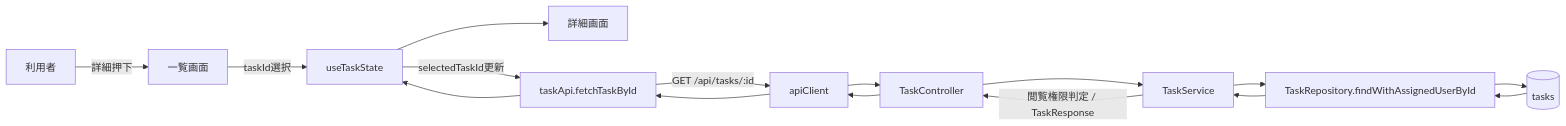
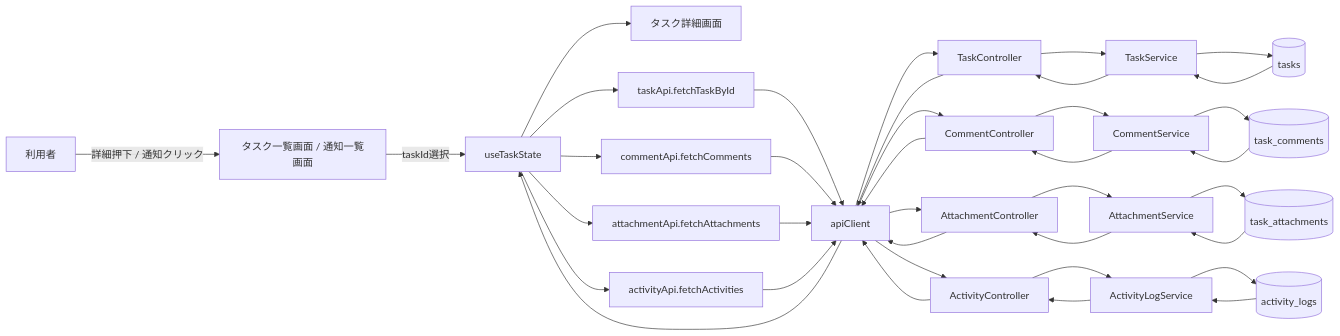
Before and after one commit to kitune-udon/task-manager-app: the eighth of 28 diagrams in docs/01_設計/08_データフロー図設計書.md, drawn with Mermaid. The commit also changed other lines of this file and 10 other files, not shown here.

````diff
--- a/docs/01_設計/08_データフロー図設計書.md
+++ b/docs/01_設計/08_データフロー図設計書.md
@@ -449,29 +530,69 @@
 ```mermaid
 flowchart LR
     U["利用者"]
-    LP["一覧画面"]
-    DP["詳細画面"]
+    LP["タスク一覧画面 / 通知一覧画面"]
+    DP["タスク詳細画面"]
     TS["useTaskState"]
-    TA["taskApi.fetchTaskById"]
+    TAPI["taskApi.fetchTaskById"]
+    CAPI["commentApi.fetchComments"]
+    AAPI["attachmentApi.fetchAttachments"]
+    ACTAPI["activityApi.fetchActivities"]
     AC["apiClient"]
     TC["TaskController"]
-    SV["TaskService"]
-    TR["TaskRepository.findWithAssignedUserById"]
-    DB[("tasks")]
+    CC["CommentController"]
+    ATC["AttachmentController"]
+    ALC["ActivityController"]
+    TSV["TaskService"]
+    CSV["CommentService"]
+    ATSV["AttachmentService"]
+    ALSV["ActivityLogService"]
+    DB1[("tasks")]
+    DB2[("task_comments")]
+    DB3[("task_attachments")]
+    DB4[("activity_logs")]
 
-    U -->|"詳細押下"| LP
+    U -->|"詳細押下 / 通知クリック"| LP
     LP -->|"taskId選択"| TS
-    TS -->|"selectedTaskId更新"| TA
-    TA -->|"GET /api/tasks/:id"| AC
+    TS --> TAPI
+    TS --> CAPI
+    TS --> AAPI
+    TS --> ACTAPI
+
+    TAPI --> AC
+    CAPI --> AC
+    AAPI --> AC
+    ACTAPI --> AC
+
     AC --> TC
-    TC --> SV
-    SV --> TR
-    TR --> DB
-    DB --> TR
-    TR --> SV
-    SV -->|"閲覧権限判定 / TaskResponse"| TC
+    AC --> CC
+    AC --> ATC
+    AC --> ALC
+
+    TC --> TSV
+    CC --> CSV
+    ATC --> ATSV
+    ALC --> ALSV
+
+    TSV --> DB1
+    CSV --> DB2
+    ATSV --> DB3
+    ALSV --> DB4
+
+    DB1 --> TSV
+    DB2 --> CSV
+    DB3 --> ATSV
+    DB4 --> ALSV
+
+    TSV --> TC
+    CSV --> CC
+    ATSV --> ATC
+    ALSV --> ALC
+
     TC --> AC
-    AC --> TA
-    TA --> TS
+    CC --> AC
+    ATC --> AC
+    ALC --> AC
+
+    AC --> TS
     TS --> DP
 ```
````
